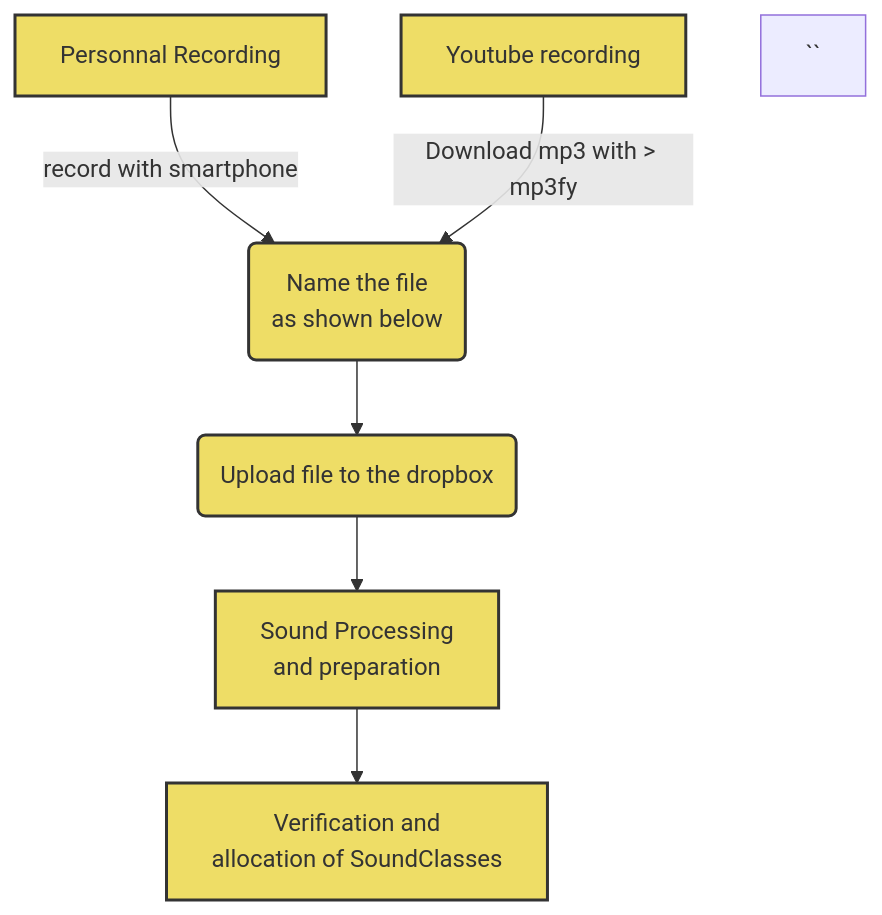
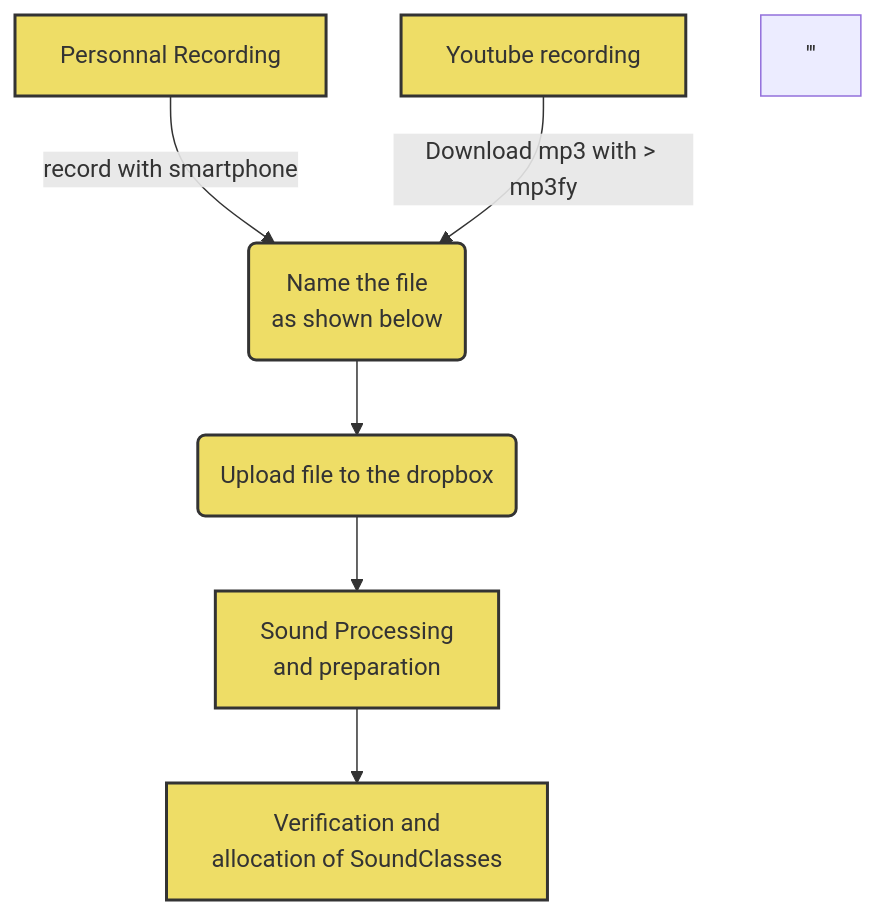
The diagram in README.md (FrogBoss74/RealCatTranslator), drawn with Mermaid before and after one commit. The commit also changed other lines of this file, not shown here.

````diff
--- a/README.md
+++ b/README.md
@@ -25,17 +25,16 @@
 ```mermaid
 
 graph TD
 A1[Personnal <span>Recording</span>] -->|record with smartphone| B(Name the file <br>as shown below</br>)
 A2[Youtube recording] -->|Download mp3 with > mp3fy| B
 B --> C(Upload file to the dropbox)
 C -->D1[Sound Processing <br>and preparation</br>]
 D1 -->D2[Verification and <br>allocation of SoundClasses</br>]
-``
 style A1 fill:#ed6,stroke:#333,stroke-width:2px;
 style A2 fill:#ed6,stroke:#333,stroke-width:2px;
 style B fill:#ed6,stroke:#333,stroke-width:2px;
 style C fill:#ed6,stroke:#333,stroke-width:2px;
 style D1 fill:#ed6,stroke:#333,stroke-width:2px;
 style D2 fill:#ed6,stroke:#333,stroke-width:2px;
-
+'''
 ```
````
